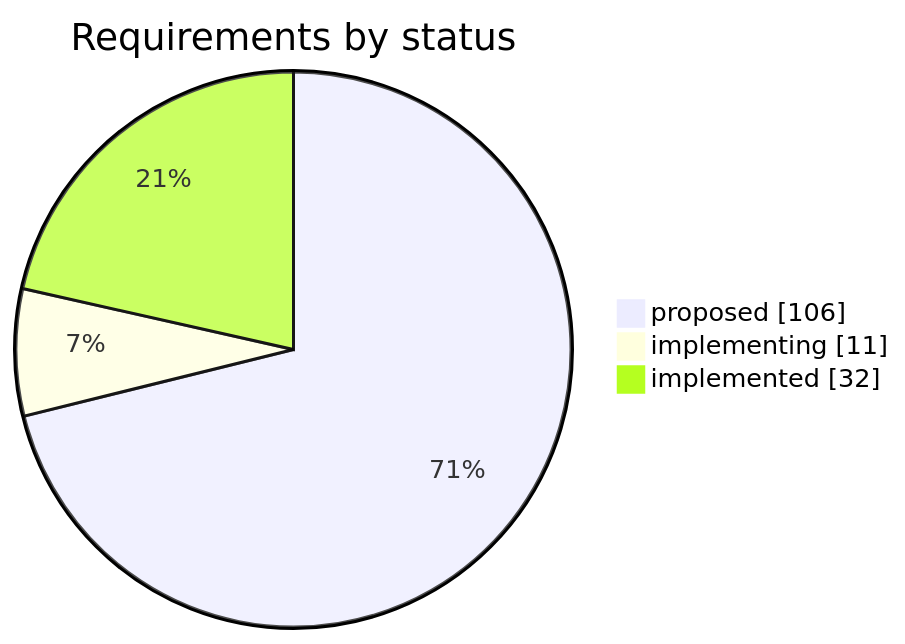
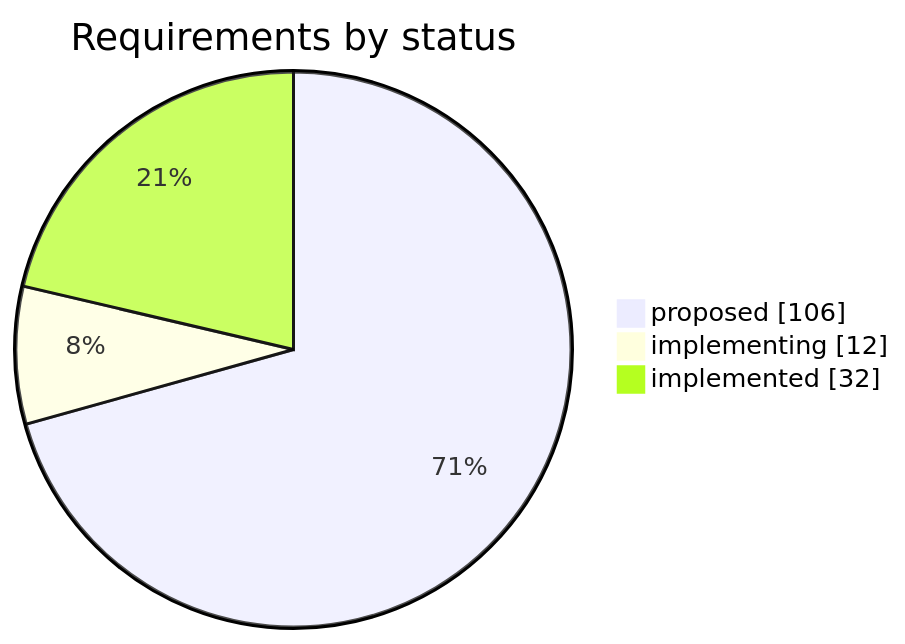
The first of 2 diagrams in STATUS.md (iammaxsu/automatic-testing-architecture), drawn with Mermaid before and after one commit. The commit also changed other lines of this file and 5 other files, not shown here.

````diff
--- a/STATUS.md
+++ b/STATUS.md
@@ -25,6 +25,6 @@
 ```mermaid
 pie showData title Requirements by status
     "proposed" : 106
-    "implementing" : 11
+    "implementing" : 12
     "implemented" : 32
 ```
````
